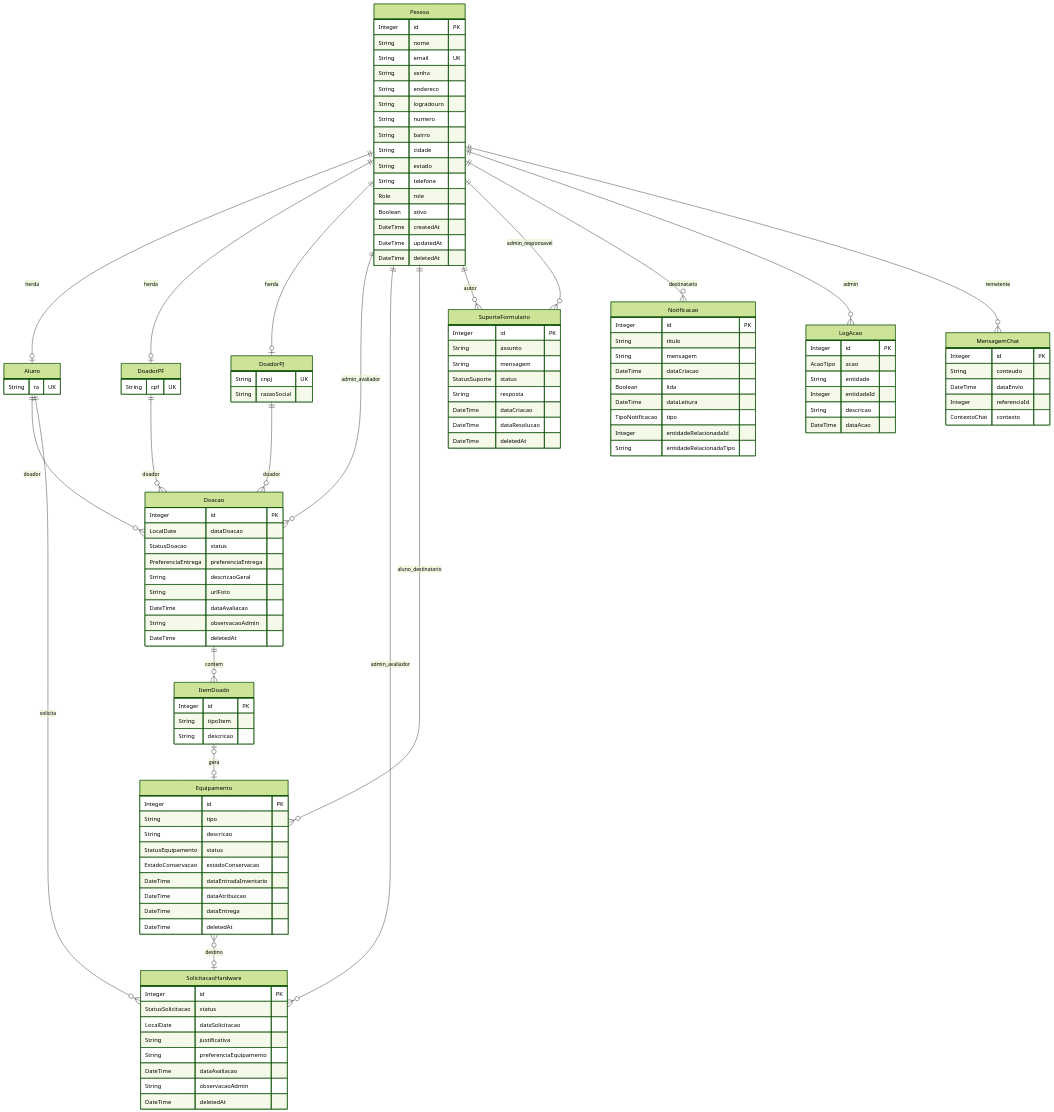
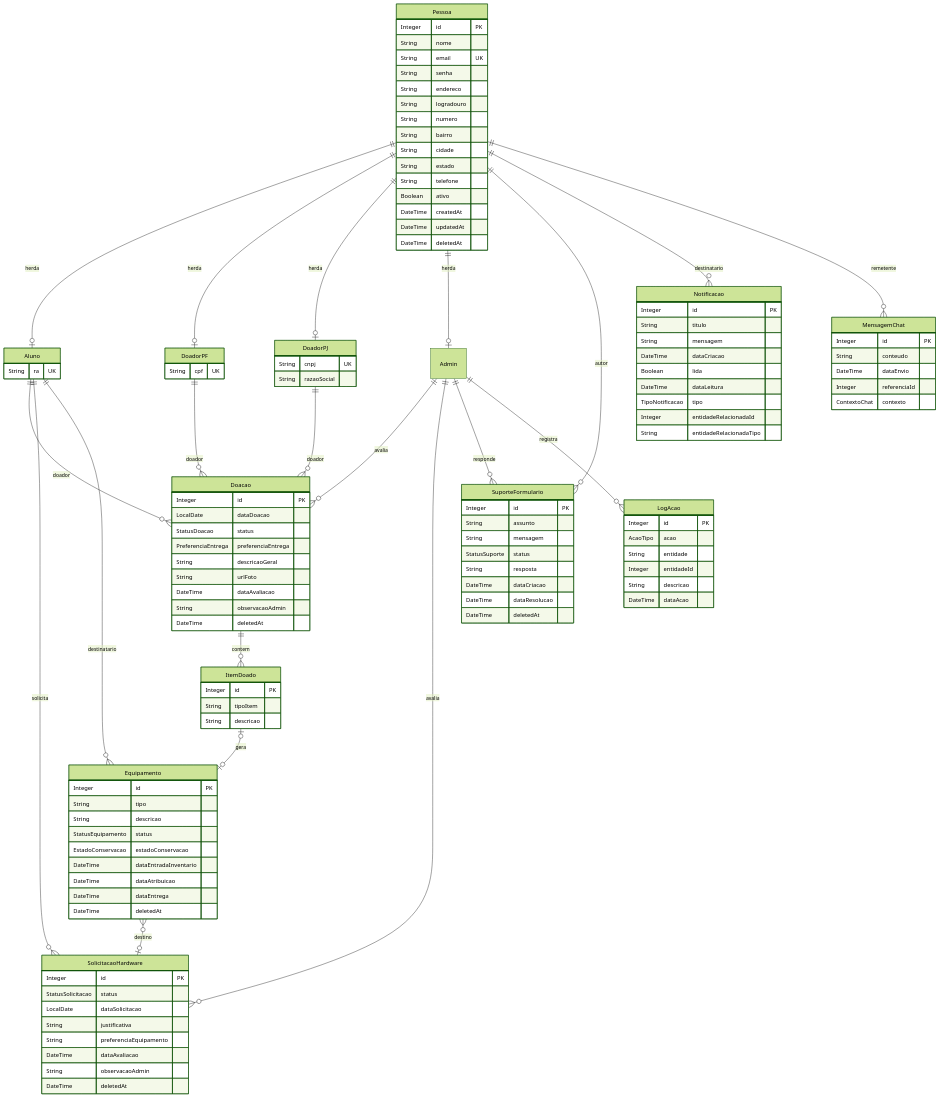
Before and after one commit to JoaoPedroCampanari/DoaTec: the diagram in mermaid.md, drawn with Mermaid (forest theme).

Commit message:
Add Admin entity to ERD — replaces generic Pessoa role-based relations

```diff
--- a/mermaid.md
+++ b/mermaid.md
@@ -15,7 +15,6 @@
         String cidade
         String estado
         String telefone
-        Role role
         Boolean ativo
         DateTime createdAt
         DateTime updatedAt
@@ -35,9 +34,13 @@
         String razaoSocial
     }
 
+    Admin {
+    }
+
     Pessoa ||--o| Aluno : "herda"
     Pessoa ||--o| DoadorPF : "herda"
     Pessoa ||--o| DoadorPJ : "herda"
+    Pessoa ||--o| Admin : "herda"
 
     Doacao {
         Integer id PK
@@ -60,7 +63,7 @@
     DoadorPF ||--o{ Doacao : "doador"
     DoadorPJ ||--o{ Doacao : "doador"
     Aluno ||--o{ Doacao : "doador"
-    Pessoa ||--o{ Doacao : "admin_avaliador"
+    Admin ||--o{ Doacao : "avalia"
     Doacao ||--o{ ItemDoado : "contem"
 
     SolicitacaoHardware {
@@ -75,7 +78,7 @@
     }
 
     Aluno ||--o{ SolicitacaoHardware : "solicita"
-    Pessoa ||--o{ SolicitacaoHardware : "admin_avaliador"
+    Admin ||--o{ SolicitacaoHardware : "avalia"
 
     Equipamento {
         Integer id PK
@@ -91,7 +94,7 @@
 
     ItemDoado |o--o| Equipamento : "gera"
     Equipamento }o--o| SolicitacaoHardware : "destino"
-    Pessoa ||--o{ Equipamento : "aluno_destinatario"
+    Aluno ||--o{ Equipamento : "destinatario"
 
     SuporteFormulario {
         Integer id PK
@@ -105,7 +108,7 @@
     }
 
     Pessoa ||--o{ SuporteFormulario : "autor"
-    Pessoa ||--o{ SuporteFormulario : "admin_responsavel"
+    Admin ||--o{ SuporteFormulario : "responde"
 
     Notificacao {
         Integer id PK
@@ -130,7 +133,7 @@
         DateTime dataAcao
     }
 
-    Pessoa ||--o{ LogAcao : "admin"
+    Admin ||--o{ LogAcao : "registra"
 
     MensagemChat {
         Integer id PK
```
